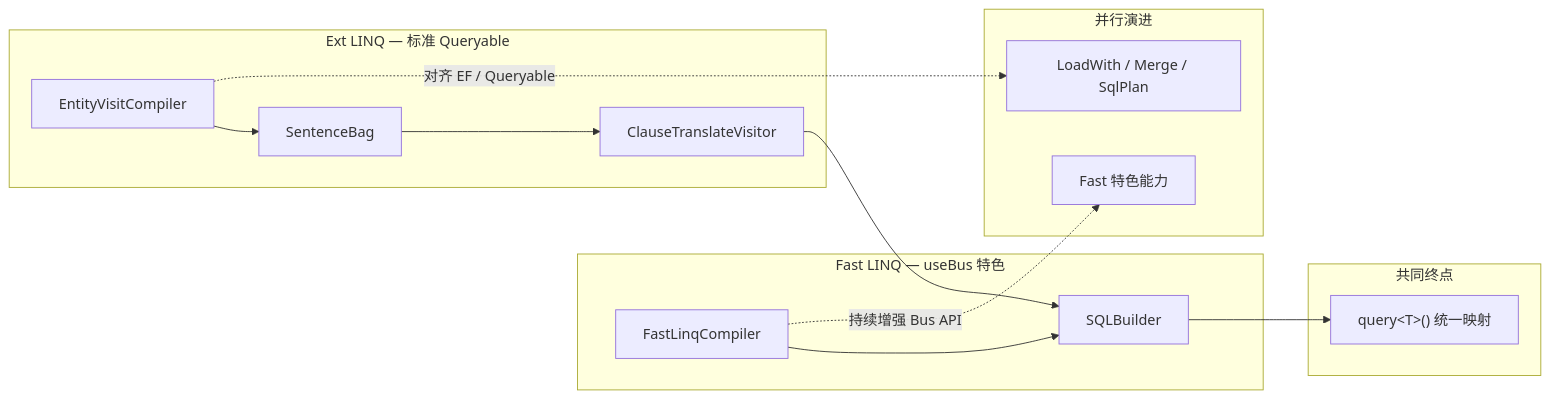
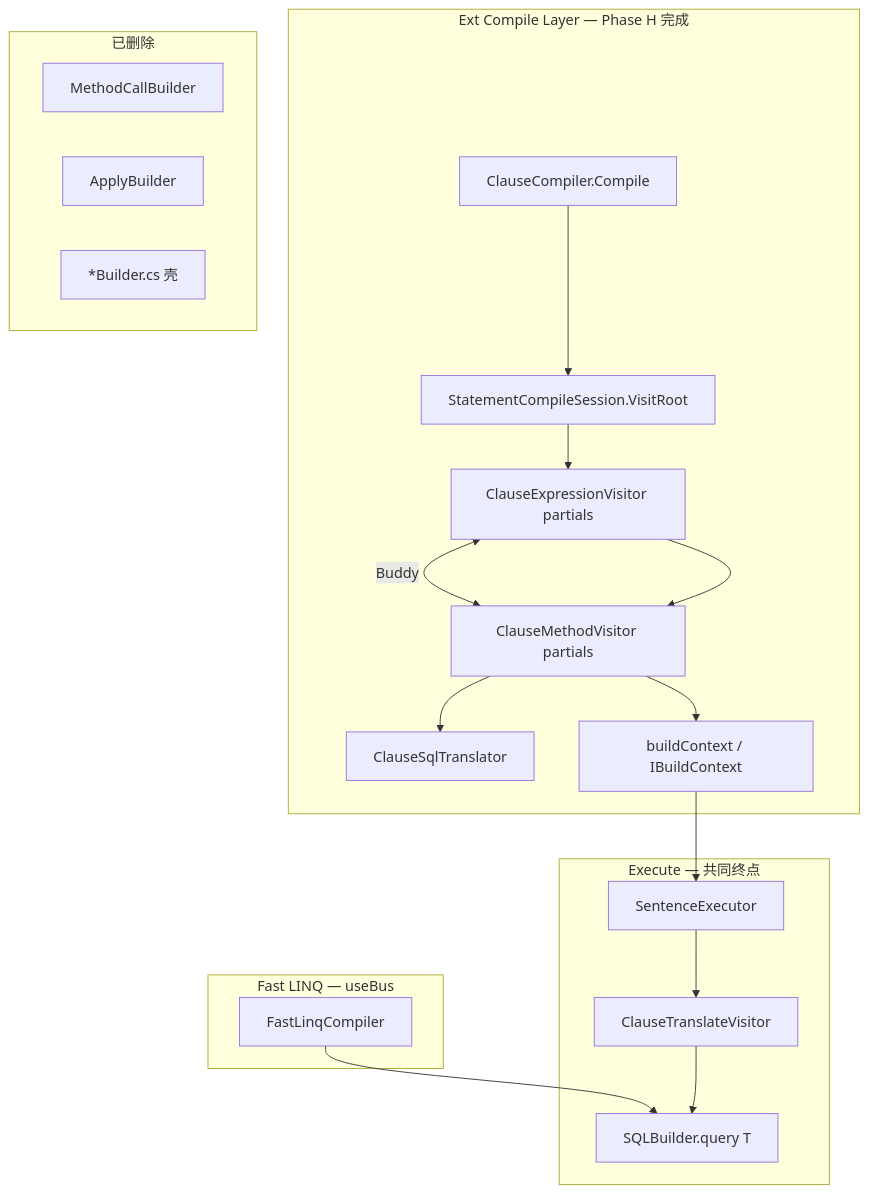
Before and after one commit to sailuosi/mooSQL: the diagram in ext/src/linq/LINQ全景分析与项目对比.md, drawn with Mermaid. The commit also changed other lines of this file, not shown here.

````diff
--- a/ext/src/linq/LINQ全景分析与项目对比.md
+++ b/ext/src/linq/LINQ全景分析与项目对比.md
@@ -222,18 +288,29 @@
 ```mermaid
-flowchart LR
-    subgraph fast [Fast LINQ — useBus 特色]
-        A[FastLinqCompiler] --> B[SQLBuilder]
+flowchart TB
+    subgraph compile [Ext Compile Layer — Phase H 完成]
+        CC[ClauseCompiler.Compile]
+        SCS[StatementCompileSession.VisitRoot]
+        EV[ClauseExpressionVisitor partials]
+        MV[ClauseMethodVisitor partials]
+        EV <-->|Buddy| MV
+        CST[ClauseSqlTranslator]
+        CTX[buildContext / IBuildContext]
     end
-    subgraph ext [Ext LINQ — 标准 Queryable]
-        C[EntityVisitCompiler] --> D[SentenceBag]
-        D --> E[ClauseTranslateVisitor]
-        E --> B
+    subgraph removed [已删除]
+        MCB[MethodCallBuilder]
+        AB[ApplyBuilder]
+        XB["*Builder.cs 壳"]
     end
-    subgraph shared [共同终点]
-        B --> F["query&lt;T&gt;() 统一映射"]
+    subgraph exec [Execute — 共同终点]
+        SE[SentenceExecutor]
+        CTV[ClauseTranslateVisitor]
+        SB[SQLBuilder.query T]
     end
-    subgraph evolve [并行演进]
-        A -.->|持续增强 Bus API| G[Fast 特色能力]
-        C -.->|对齐 EF / Queryable| H[LoadWith / Merge / SqlPlan]
+    subgraph fast [Fast LINQ — useBus]
+        FC[FastLinqCompiler] --> SB
     end
+    CC --> SCS --> EV
+    EV --> MV --> CTX --> SE
+    MV --> CST
+    SE --> CTV --> SB
 ```
````
